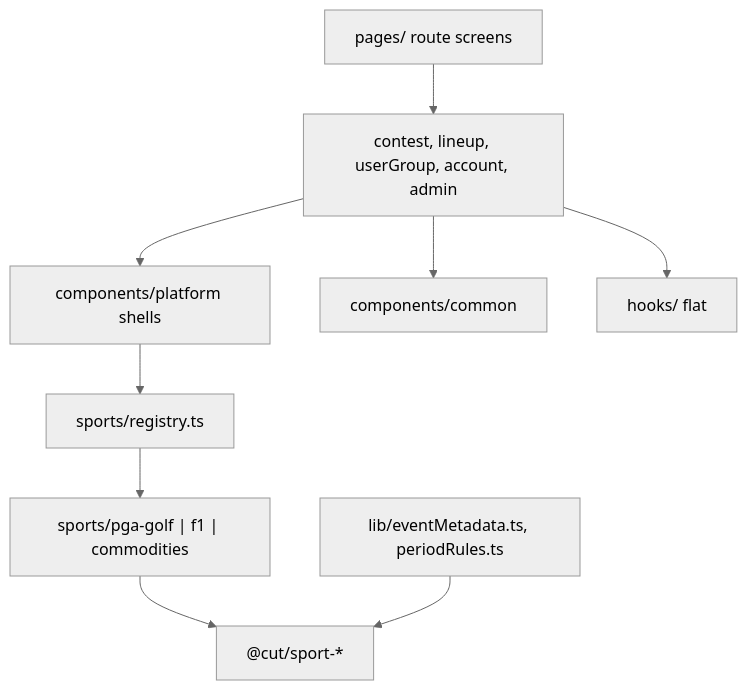
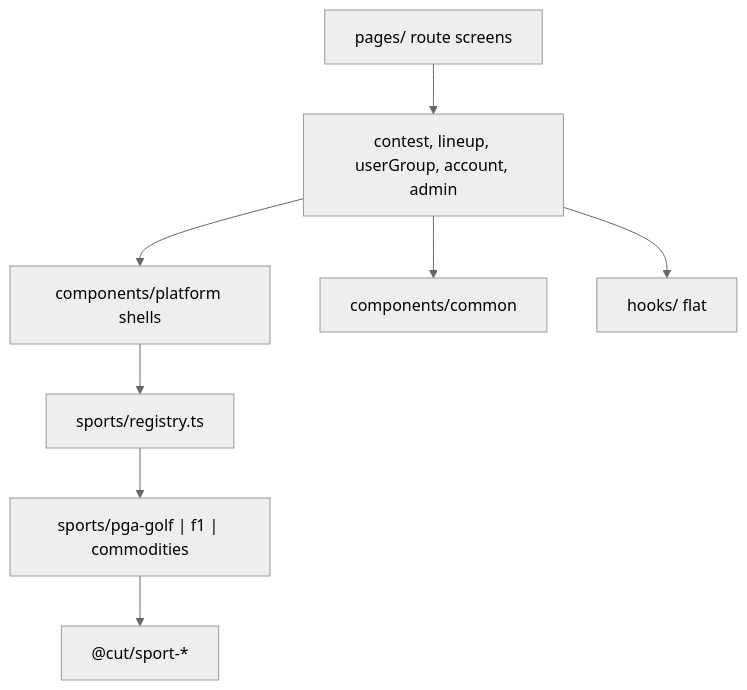
One commit to MagRelo/cut changed the third of 5 diagrams in docs/platform/client-architecture-plan.md. Above: the diagram before and after it, drawn with Mermaid (neutral theme). The commit also changed other lines of this file and 13 other files, not shown here.

````diff
--- a/docs/platform/client-architecture-plan.md
+++ b/docs/platform/client-architecture-plan.md
@@ -67,11 +66,10 @@
 ```mermaid
 flowchart TB
   Pages["pages/ route screens"] --> Features["contest, lineup, userGroup, account, admin"]
   Features --> Platform["components/platform shells"]
   Features --> Common["components/common"]
   Platform --> Registry["sports/registry.ts"]
   Registry --> Plugins["sports/pga-golf | f1 | commodities"]
   Features --> Hooks["hooks/ flat"]
   Plugins --> SportPkgs["@cut/sport-*"]
-  Lib["lib/eventMetadata.ts, periodRules.ts"] --> SportPkgs
 ```
````
